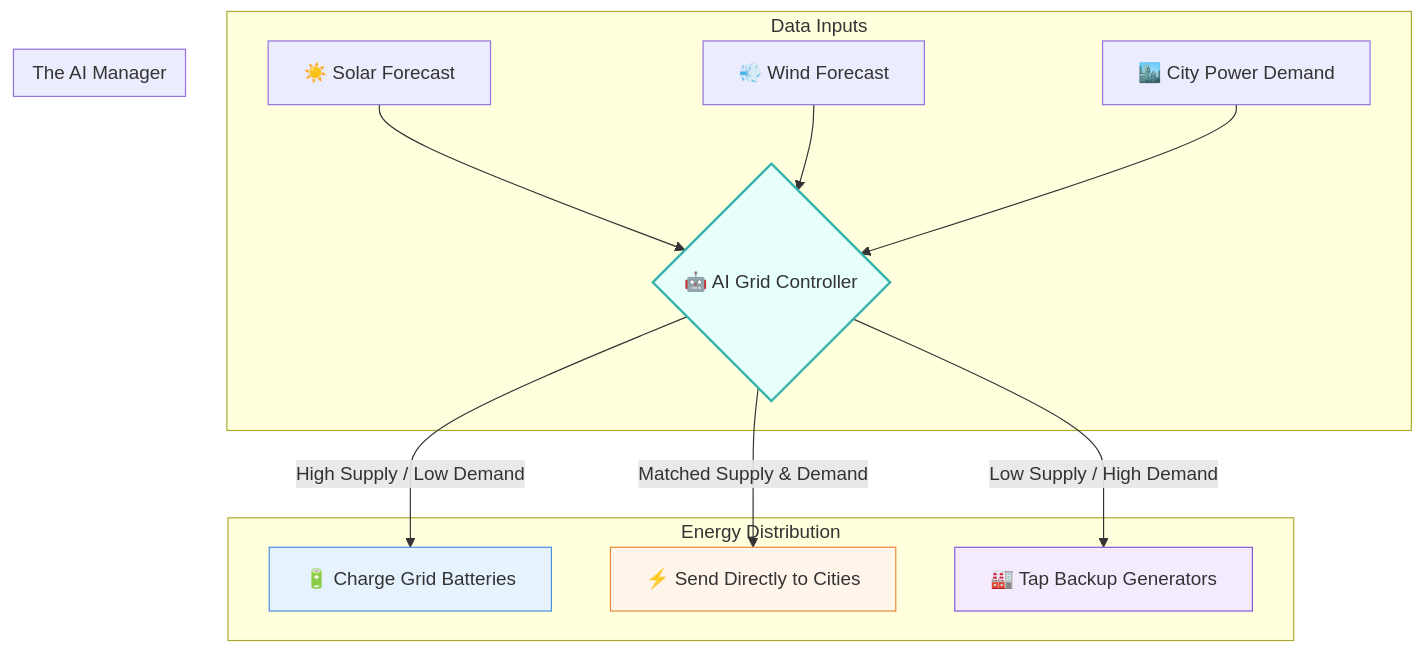
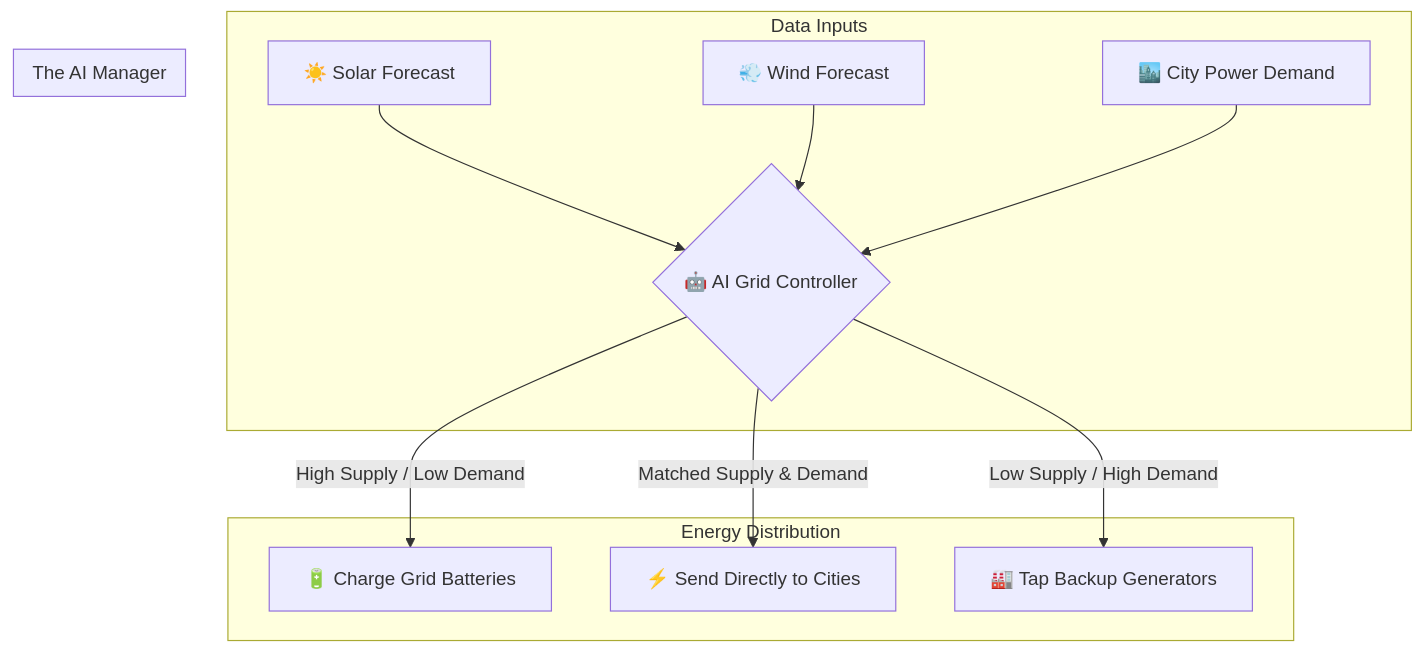
One commit to vdonthireddy/ai-knowledge-base changed the diagram in line28_climate_engineering.md. Above: the diagram before and after it, drawn with Mermaid. The commit also changed 30 other files, not shown here.

Commit message:
chore: Rename files and fix mermaid diagram styles for dark mode compatibility

````diff
--- a/line28_climate_engineering.md
+++ b/line28_climate_engineering.md
@@ -41,23 +41,19 @@
 ```mermaid
 graph TD
     subgraph Data Inputs
         A[☀️ Solar Forecast] --> AI
         B[💨 Wind Forecast] --> AI
         C[🏙️ City Power Demand] --> AI
     end
 
     subgraph The AI Manager
         AI{🤖 AI Grid Controller}
     end
 
     subgraph Energy Distribution
         AI -- "High Supply / Low Demand" --> D[🔋 Charge Grid Batteries]
         AI -- "Matched Supply & Demand" --> E[⚡ Send Directly to Cities]
         AI -- "Low Supply / High Demand" --> F[🏭 Tap Backup Generators]
     end
     
-    style AI fill:#e6fffa,stroke:#38b2ac,stroke-width:2px
-    style D fill:#e6f3ff,stroke:#4a90e2
-    style E fill:#fff5eb,stroke:#ed8936
-    style F fill:#f5ebff,stroke:#805ad5
 ```
````
